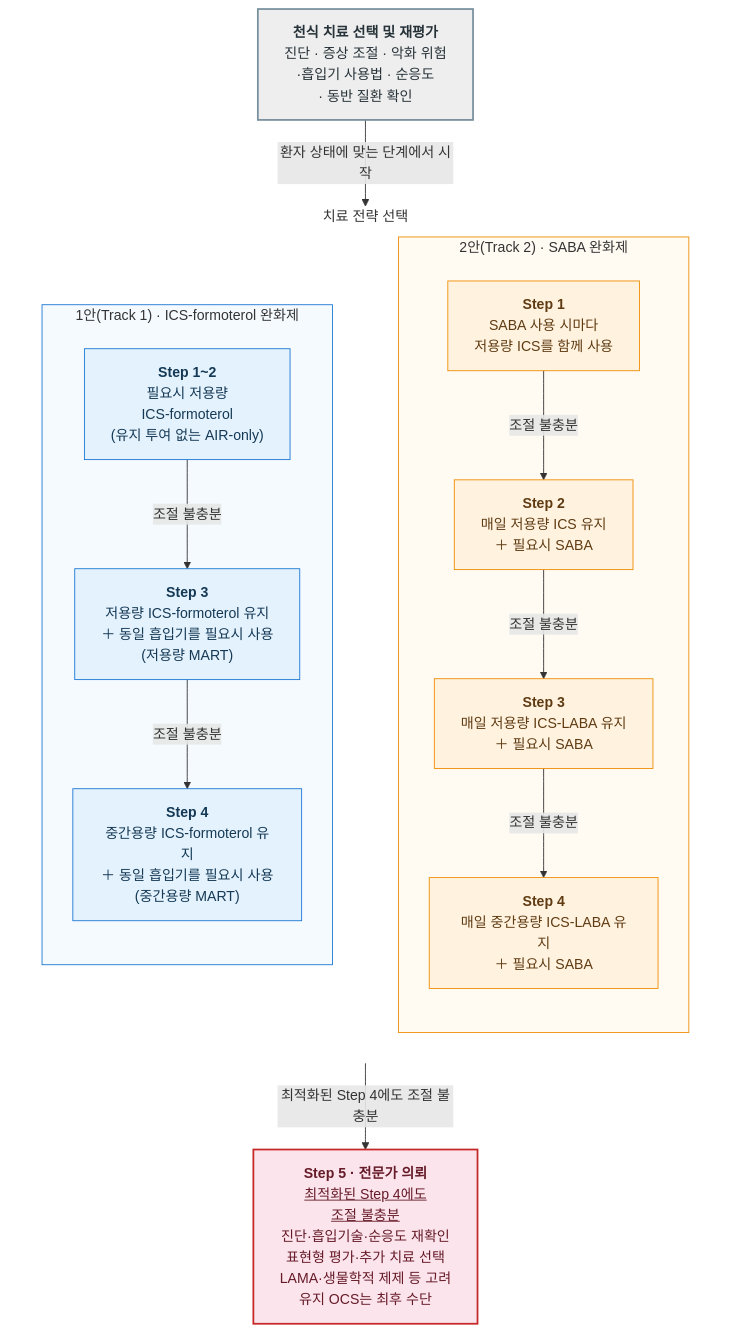
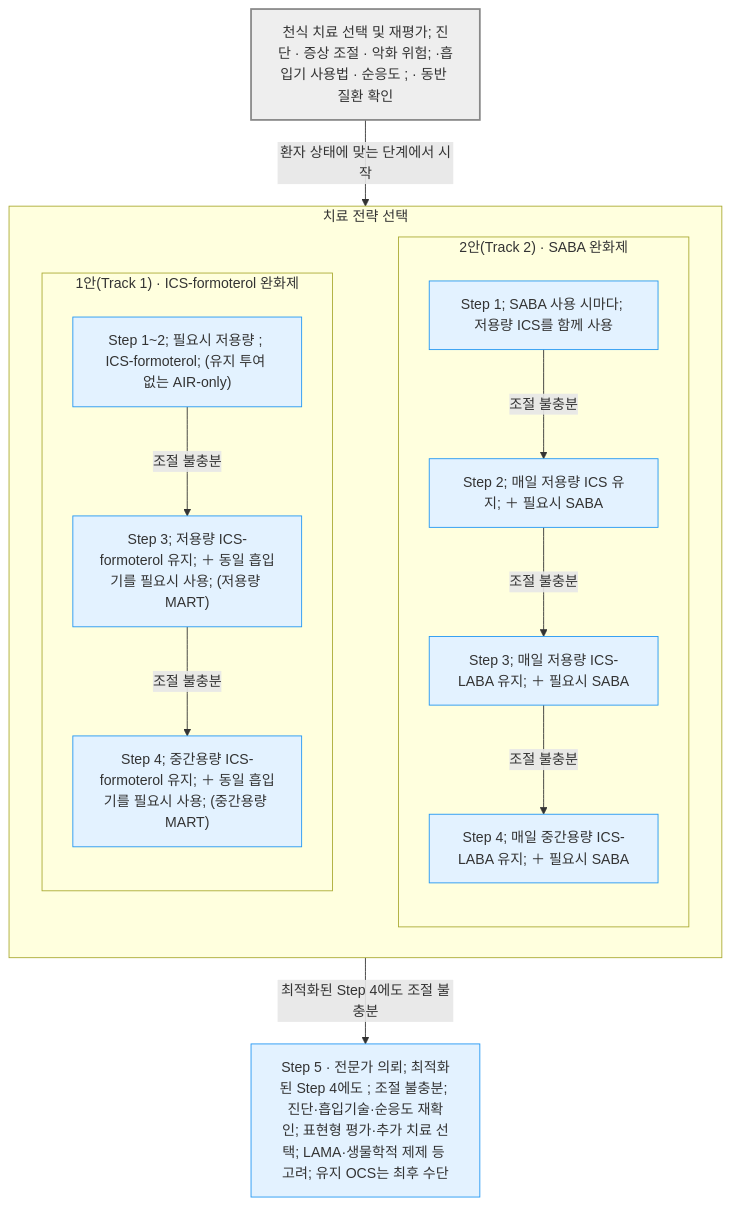
Before and after one commit to familyoh77/familyoh77: the third of 4 diagrams in 223_/071_-asthma.md, drawn with Mermaid. The commit also changed other lines of this file and 2 other files, not shown here.

````diff
--- a/223_/071_-asthma.md
+++ b/223_/071_-asthma.md
@@ -902,41 +896,35 @@
 ```mermaid
 flowchart TD
-    Assess["`<b>천식 치료 선택 및 재평가</b><br/>진단 · 증상 조절 · 악화 위험<br/>·흡입기 사용법 · 순응도 <br/>· 동반 질환 확인`"]
+    Assess["`천식 치료 선택 및 재평가; 진단 · 증상 조절 · 악화 위험; ·흡입기 사용법 · 순응도 ; · 동반 질환 확인`"]
     subgraph Routes["치료 전략 선택"]
         direction LR
         subgraph Track1["1안(Track 1) · ICS-formoterol 완화제"]
             direction TB
-            T12["`<b>Step 1~2</b><br/>필요시 저용량 <br/>ICS-formoterol<br/>(유지 투여 없는 AIR-only)`"]
-            T13["`<b>Step 3</b><br/>저용량 ICS-formoterol 유지<br/>＋ 동일 흡입기를 필요시 사용<br/>(저용량 MART)`"]
-            T14["`<b>Step 4</b><br/>중간용량 ICS-formoterol 유지<br/>＋ 동일 흡입기를 필요시 사용<br/>(중간용량 MART)`"]
-            T12 -->|조절 불충분| T13
-            T13 -->|조절 불충분| T14
+            T12["`Step 1~2; 필요시 저용량 ; ICS-formoterol; (유지 투여 없는 AIR-only)`"]
+            T13["`Step 3; 저용량 ICS-formoterol 유지; ＋ 동일 흡입기를 필요시 사용; (저용량 MART)`"]
+            T14["`Step 4; 중간용량 ICS-formoterol 유지; ＋ 동일 흡입기를 필요시 사용; (중간용량 MART)`"]
+            T12 -- "조절 불충분" --> T13
+            T13 -- "조절 불충분" --> T14
         end
         subgraph Track2["2안(Track 2) · SABA 완화제"]
             direction TB
-            T21["`<b>Step 1</b><br/>SABA 사용 시마다<br/>저용량 ICS를 함께 사용`"]
-            T22["`<b>Step 2</b><br/>매일 저용량 ICS 유지<br/>＋ 필요시 SABA`"]
-            T23["`<b>Step 3</b><br/>매일 저용량 ICS-LABA 유지<br/>＋ 필요시 SABA`"]
-            T24["`<b>Step 4</b><br/>매일 중간용량 ICS-LABA 유지<br/>＋ 필요시 SABA`"]
-            T21 -->|조절 불충분| T22
-            T22 -->|조절 불충분| T23
-            T23 -->|조절 불충분| T24
+            T21["`Step 1; SABA 사용 시마다; 저용량 ICS를 함께 사용`"]
+            T22["`Step 2; 매일 저용량 ICS 유지; ＋ 필요시 SABA`"]
+            T23["`Step 3; 매일 저용량 ICS-LABA 유지; ＋ 필요시 SABA`"]
+            T24["`Step 4; 매일 중간용량 ICS-LABA 유지; ＋ 필요시 SABA`"]
+            T21 -- "조절 불충분" --> T22
+            T22 -- "조절 불충분" --> T23
+            T23 -- "조절 불충분" --> T24
         end
         Track1 ~~~ Track2
     end
-    Step5["`<b>Step 5 · 전문가 의뢰</b><br/><u>최적화된 Step 4에도 <br/>조절 불충분</u><br/>진단·흡입기술·순응도 재확인<br/>표현형 평가·추가 치료 선택<br/>LAMA·생물학적 제제 등 고려<br/>유지 OCS는 최후 수단`"]
-    Assess -->|환자 상태에 맞는 단계에서 시작| Routes
-    Routes -->|최적화된 Step 4에도 조절 불충분| Step5
-    classDef assess fill:#eeeeee,stroke:#78909c,color:#263238,stroke-width:2px
-    classDef track1 fill:#e3f2fd,stroke:#1976d2,color:#153955
-    classDef track2 fill:#fff3e0,stroke:#ef8c00,color:#603b12
-    classDef expert fill:#fce4ec,stroke:#c62828,color:#651b28,stroke-width:2px
-    class Assess assess
-    class T12,T13,T14 track1
-    class T21,T22,T23,T24 track2
-    class Step5 expert
-    style Routes fill:transparent,stroke:transparent
-    style Track1 fill:#f5faff,stroke:#1976d2
-    style Track2 fill:#fffaf2,stroke:#ef8c00
-
+    Step5["`Step 5 · 전문가 의뢰; 최적화된 Step 4에도 ; 조절 불충분; 진단·흡입기술·순응도 재확인; 표현형 평가·추가 치료 선택; LAMA·생물학적 제제 등 고려; 유지 OCS는 최후 수단`"]
+    Assess -- "환자 상태에 맞는 단계에서 시작" --> Routes
+    Routes -- "최적화된 Step 4에도 조절 불충분" --> Step5
+    classDef start fill:#eee,stroke:#888,stroke-width:2px
+    classDef decision fill:#fff9c4,stroke:#ffe082
+    classDef emergency fill:#ffcdd2,stroke:#c62828,stroke-width:2px
+    classDef action fill:#e3f2ff,stroke:#2196f3
+    class Assess start
+    class T12,T13,T14,T21,T22,T23,T24,Step5 action
 ```
````
